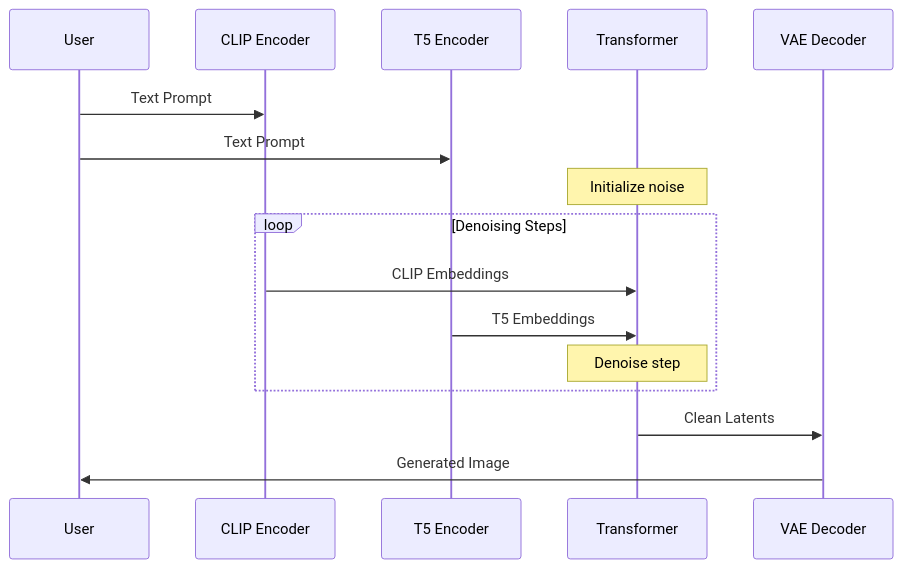
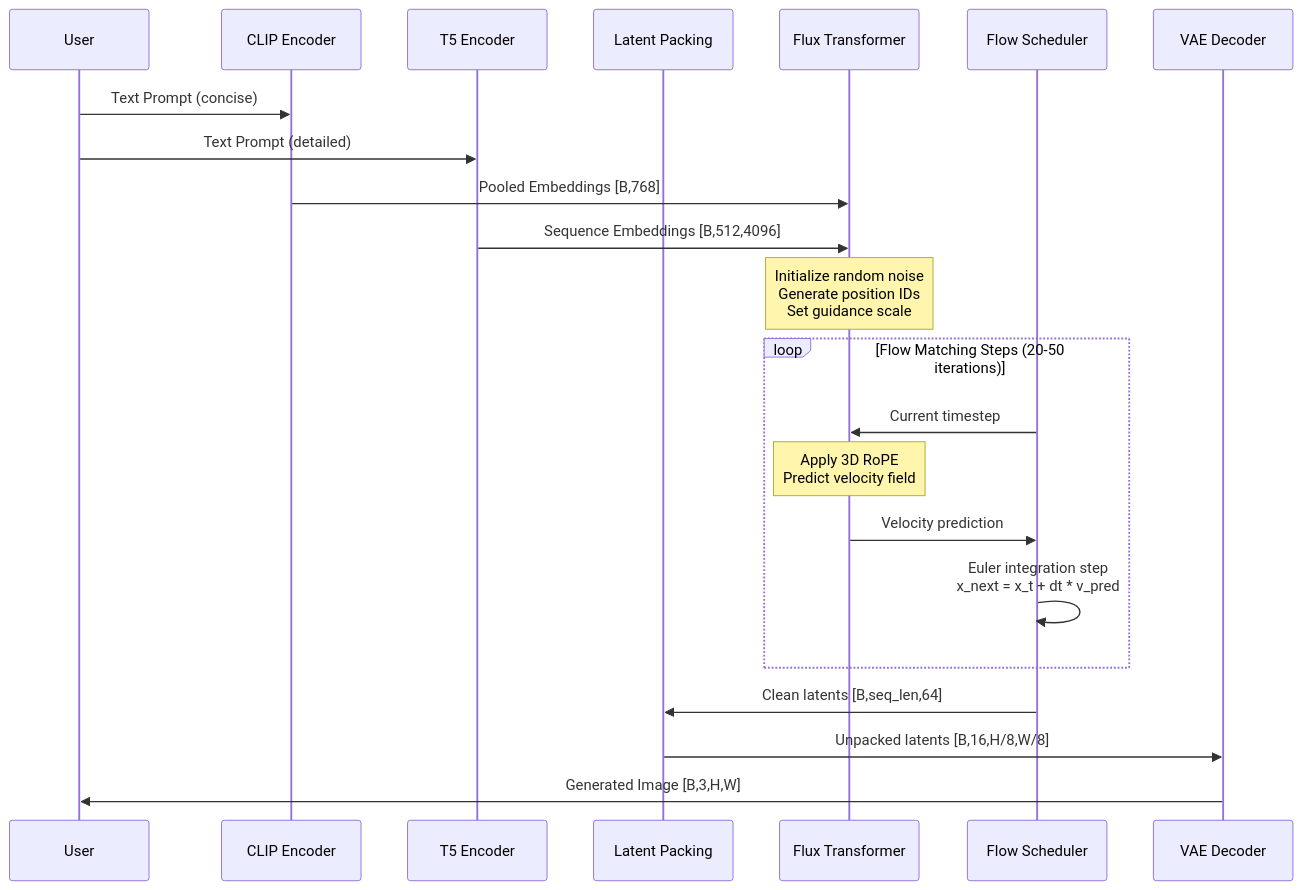
Before and after one commit to tsiendragon/qwen-image-finetune: the third of 3 diagrams in docs/architecture/flux_kontext_architecture.md, drawn with Mermaid. The commit also changed other lines of this file, not shown here.

Commit message:
feat: doc of flux architecture

````diff
--- a/docs/architecture/flux_kontext_architecture.md
+++ b/docs/architecture/flux_kontext_architecture.md
@@ -521,22 +933,29 @@
 ```mermaid
 sequenceDiagram
     participant User
     participant CLIP_Enc as CLIP Encoder
     participant T5_Enc as T5 Encoder
-    participant Transformer
+    participant Packing as Latent Packing
+    participant Transformer as Flux Transformer
+    participant Scheduler as Flow Scheduler
     participant VAE_Dec as VAE Decoder
 
-    User->>CLIP_Enc: Text Prompt
-    User->>T5_Enc: Text Prompt
+    User->>CLIP_Enc: Text Prompt (concise)
+    User->>T5_Enc: Text Prompt (detailed)
 
-    Note over Transformer: Initialize noise
+    CLIP_Enc->>Transformer: Pooled Embeddings [B,768]
+    T5_Enc->>Transformer: Sequence Embeddings [B,512,4096]
 
-    loop Denoising Steps
-        CLIP_Enc->>Transformer: CLIP Embeddings
-        T5_Enc->>Transformer: T5 Embeddings
-        Note over Transformer: Denoise step
+    Note over Transformer: Initialize random noise<br/>Generate position IDs<br/>Set guidance scale
+
+    loop Flow Matching Steps (20-50 iterations)
+        Scheduler->>Transformer: Current timestep
+        Note over Transformer: Apply 3D RoPE<br/>Predict velocity field
+        Transformer->>Scheduler: Velocity prediction
+        Scheduler->>Scheduler: Euler integration step<br/>x_next = x_t + dt * v_pred
     end
 
-    Transformer->>VAE_Dec: Clean Latents
-    VAE_Dec->>User: Generated Image
+    Scheduler->>Packing: Clean latents [B,seq_len,64]
+    Packing->>VAE_Dec: Unpacked latents [B,16,H/8,W/8]
+    VAE_Dec->>User: Generated Image [B,3,H,W]
 ```
````
